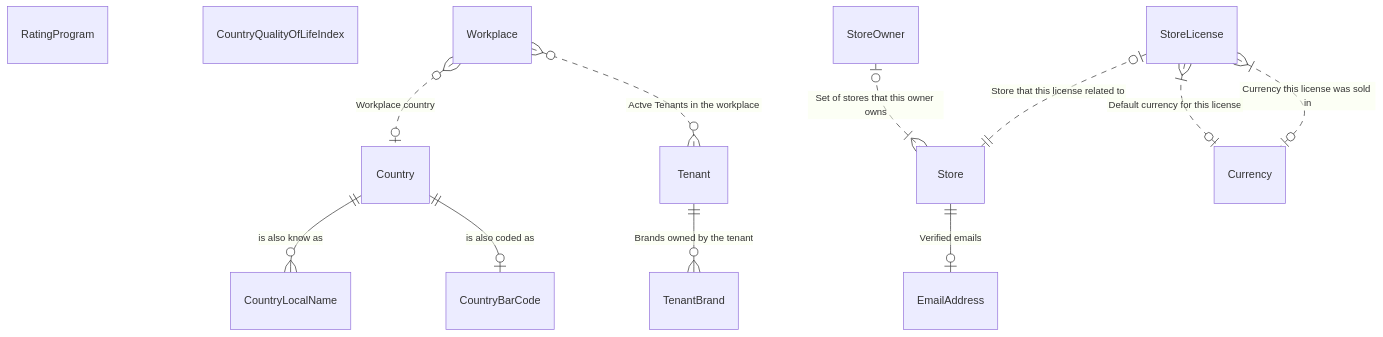
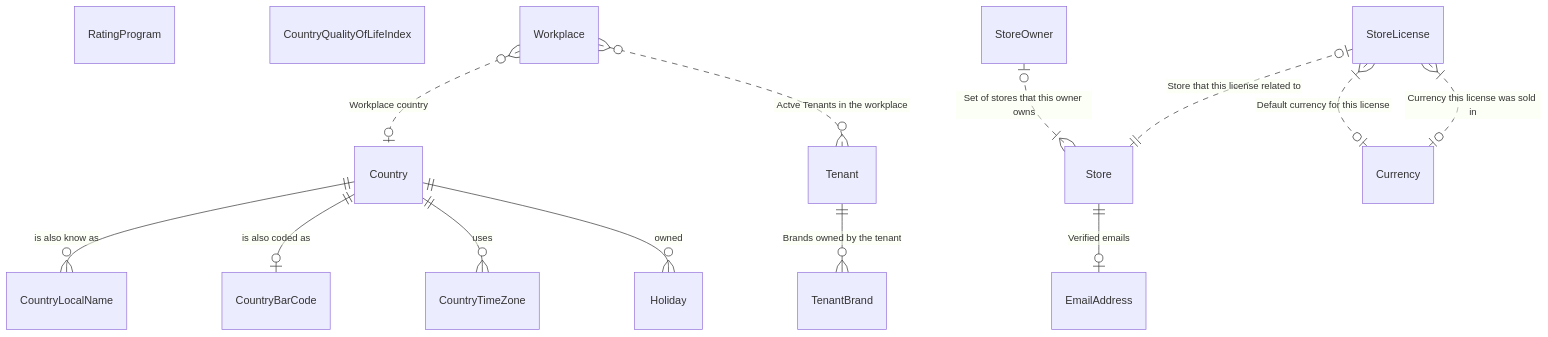
Before and after one commit to NoxOrg/Nox: the diagram in src/Nox.ClientApi.Tests/.nox/docs/README.md, drawn with Mermaid. The commit also changed other lines of this file and 93 other files, not shown here.

````diff
--- a/src/Nox.ClientApi.Tests/.nox/docs/README.md
+++ b/src/Nox.ClientApi.Tests/.nox/docs/README.md
@@ -11,40 +11,42 @@
 ``` mermaid
 erDiagram
     Country {
     }
     Country||--o{CountryLocalName : "is also know as"
     Country||--o|CountryBarCode : "is also coded as"
+    Country||--o{CountryTimeZone : "uses"
+    Country||--o{Holiday : "owned"
     CountryLocalName {
     }
     CountryBarCode {
     }
     RatingProgram {
     }
     CountryQualityOfLifeIndex {
     }
     Store {
     }
     Store||--o|EmailAddress : "Verified emails"
     Workplace {
     }
     Workplace}o..o|Country : "Workplace country"
     Workplace}o..o{Tenant : "Actve Tenants in the workplace"
     StoreOwner {
     }
     StoreOwner|o..|{Store : "Set of stores that this owner owns"
     StoreLicense {
     }
     StoreLicense|o..||Store : "Store that this license related to"
     StoreLicense}|..o|Currency : "Default currency for this license"
     StoreLicense}|..o|Currency : "Currency this license was sold in"
     Currency {
     }
     Tenant {
     }
     Tenant||--o{TenantBrand : "Brands owned by the tenant"
     TenantBrand {
     }
     EmailAddress {
     }
 
 ```
````
